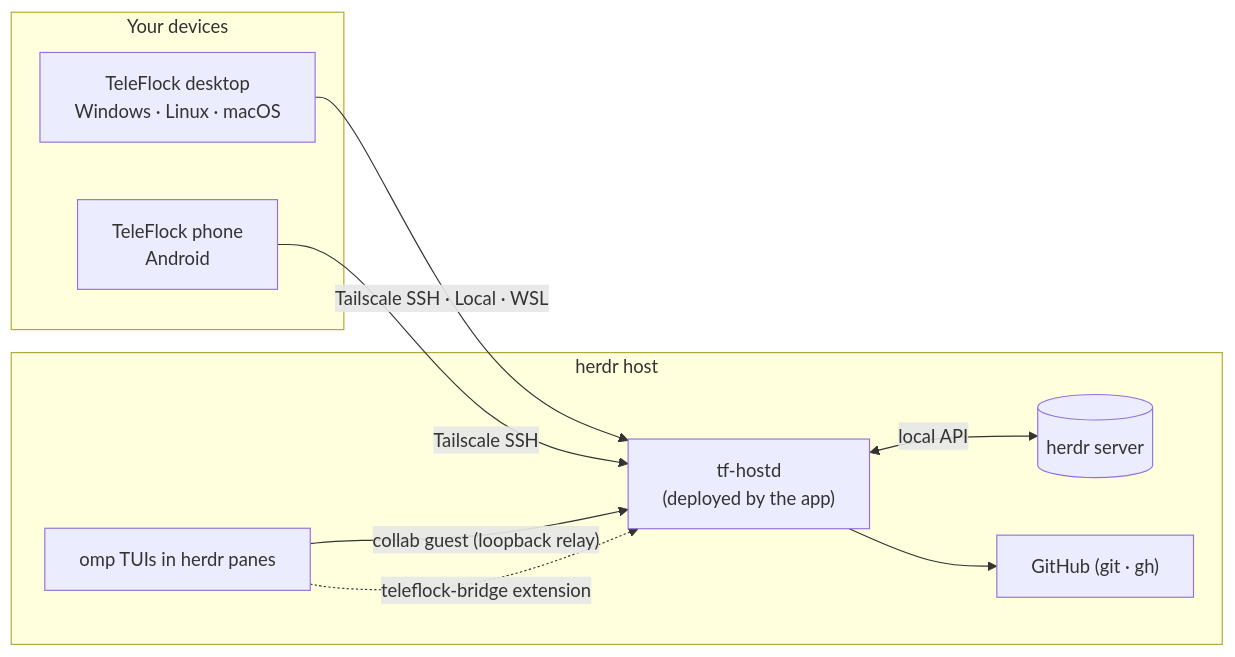
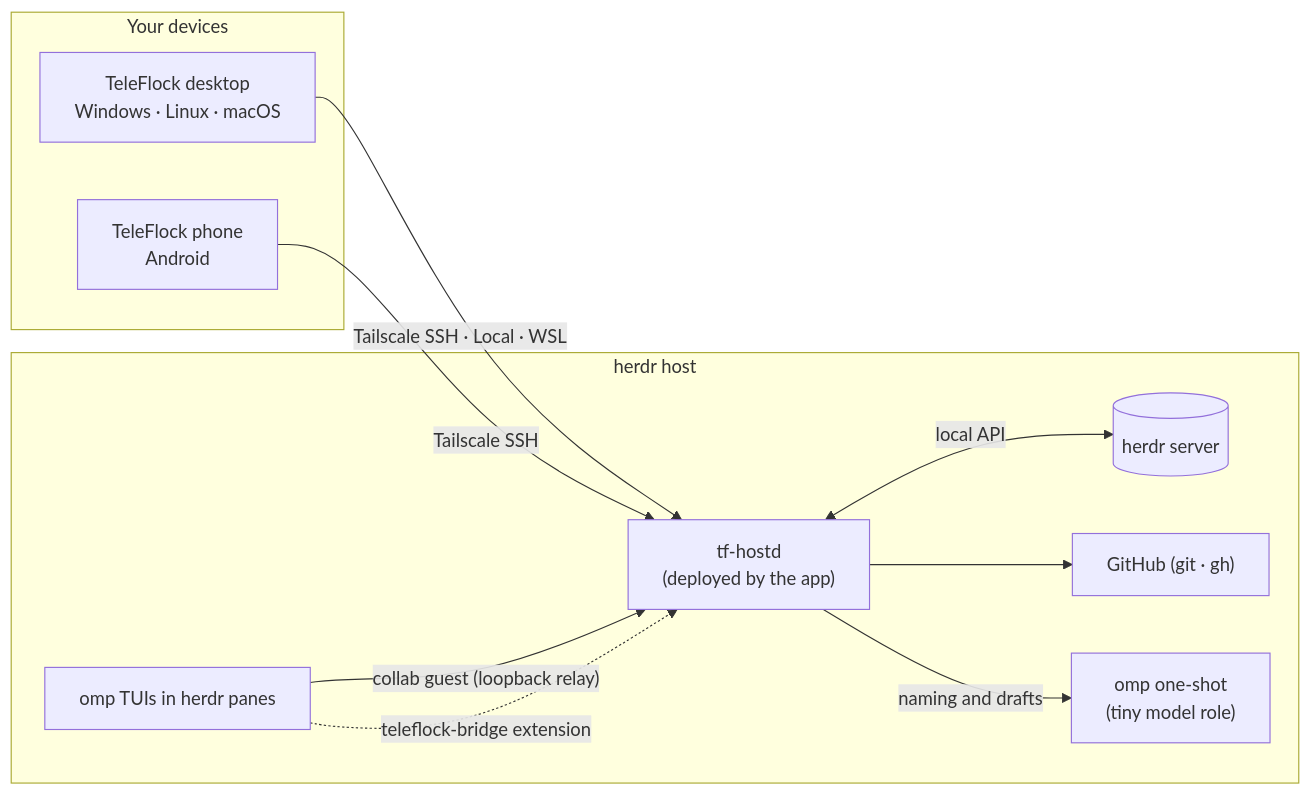
The diagram in README.md (studioplascode/TeleFlock), drawn with Mermaid before and after one commit. The commit also changed other lines of this file and 180 other files, not shown here.

````diff
--- a/README.md
+++ b/README.md
@@ -163,19 +173,21 @@
 ```mermaid
 flowchart LR
   subgraph devices["Your devices"]
     desk["TeleFlock desktop<br/>Windows · Linux · macOS"]
     phone["TeleFlock phone<br/>Android"]
   end
   subgraph host["herdr host"]
     hostd["tf-hostd<br/>(deployed by the app)"]
     omp["omp TUIs in herdr panes"]
     herdr[("herdr server")]
     gh["GitHub (git · gh)"]
+    tiny["omp one-shot<br/>(tiny model role)"]
   end
   desk -- "Tailscale SSH · Local · WSL" --> hostd
   phone -- "Tailscale SSH" --> hostd
   omp -- "collab guest (loopback relay)" --> hostd
   omp -. "teleflock-bridge extension" .-> hostd
   hostd <-- "local API" --> herdr
   hostd --> gh
+  hostd -- "naming and drafts" --> tiny
 ```
````
